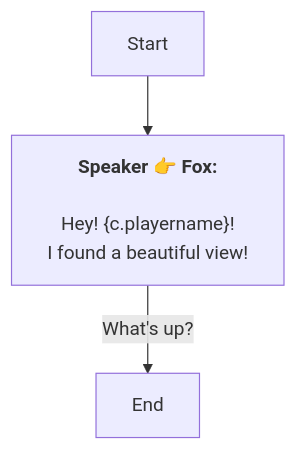
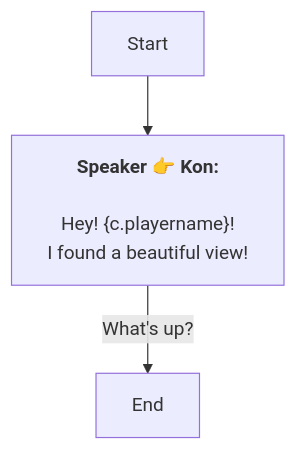
Before and after one commit to SoftHu/tos_avg: the diagram in En/QuestStartTalkENode_1751813638943161.md, drawn with Mermaid. The commit also changed 730 other files, not shown here.

````diff
--- a/En/QuestStartTalkENode_1751813638943161.md
+++ b/En/QuestStartTalkENode_1751813638943161.md
@@ -1,8 +1,8 @@
 ```mermaid
 graph
-Start -->1751814007493088[<b>Speaker 👉 Fox:</b>
+Start -->1751814007493088[<b>Speaker 👉 Kon:</b>
 \nHey! &lbrace;c.playername&rbrace;! 
 I found a beautiful view!]
 1751814007493088 -->|What's up?|1751814479853030[End]
 
 ```
````
